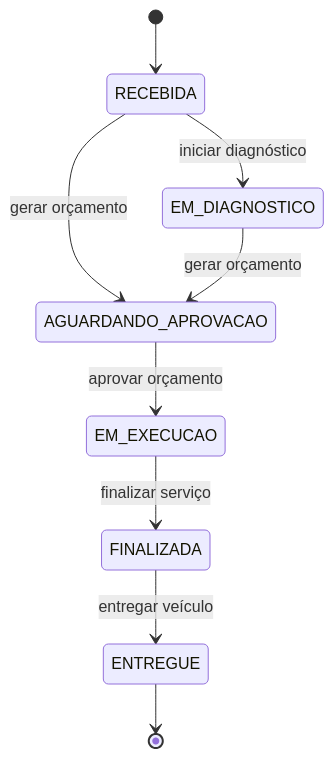
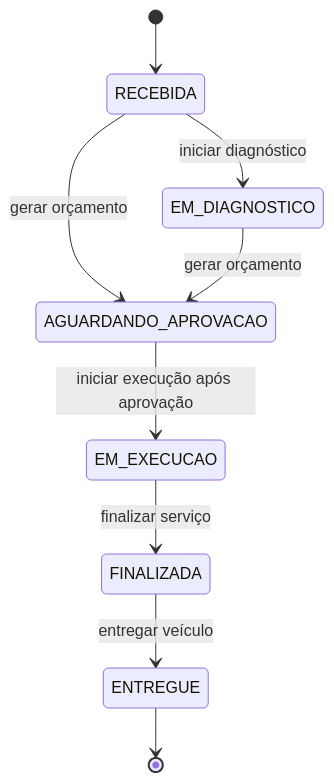
The fourth of 5 diagrams in docs/DDD_DOCUMENTATION.md (yxsbx/SOAT-FIAP), drawn with Mermaid before and after one commit. The commit also changed other lines of this file and 24 other files, not shown here.

Commit message:
Refactor service-order flow and consolidate docs

````diff
--- a/docs/DDD_DOCUMENTATION.md
+++ b/docs/DDD_DOCUMENTATION.md
@@ -477,11 +480,11 @@
 ```mermaid
 stateDiagram-v2
     [*] --> RECEBIDA
     RECEBIDA --> EM_DIAGNOSTICO: iniciar diagnóstico
     RECEBIDA --> AGUARDANDO_APROVACAO: gerar orçamento
     EM_DIAGNOSTICO --> AGUARDANDO_APROVACAO: gerar orçamento
-    AGUARDANDO_APROVACAO --> EM_EXECUCAO: aprovar orçamento
+    AGUARDANDO_APROVACAO --> EM_EXECUCAO: iniciar execução após aprovação
     EM_EXECUCAO --> FINALIZADA: finalizar serviço
     FINALIZADA --> ENTREGUE: entregar veículo
     ENTREGUE --> [*]
 ```
````
